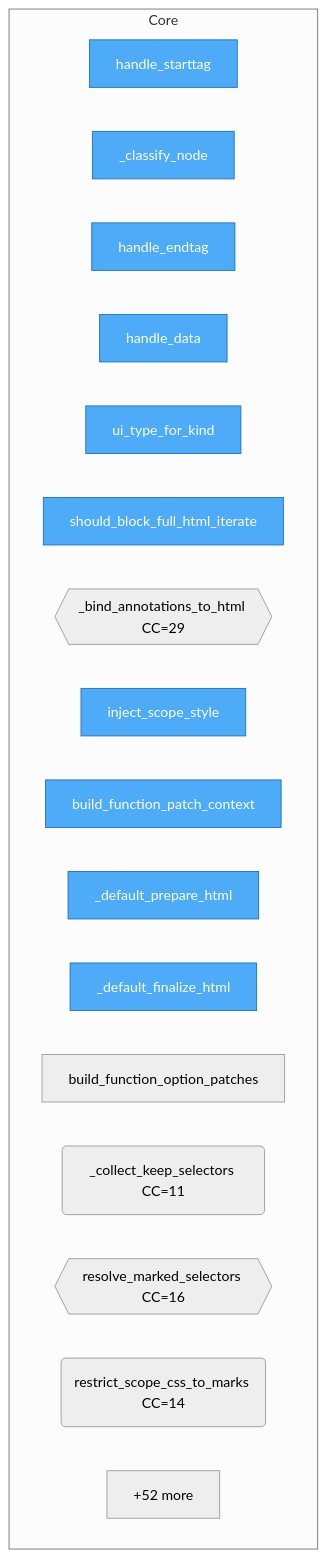
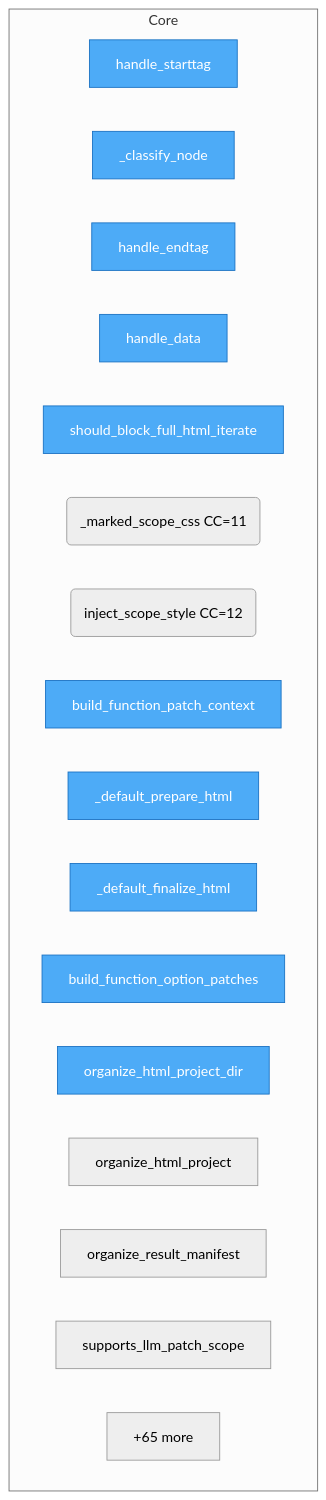
Before and after one commit to semcod/repatch: the diagram in project/flow.mmd, drawn with Mermaid (neutral theme). The commit also changed 19 other files, not shown here.

```diff
--- a/project/flow.mmd
+++ b/project/flow.mmd
@@ -1,26 +1,26 @@
 flowchart TD
-%% generated in 0.02s
+%% generated in 0.01s
 
     %% Entry points (blue)
     classDef entry fill:#4dabf7,stroke:#1971c2,color:#fff
 
     subgraph Core
         repatch__project_ir___ProjectIRParser__handle_starttag["handle_starttag"]
         repatch__project_ir___ProjectIRParser___classify_node["_classify_node"]
         repatch__project_ir___ProjectIRParser__handle_endtag["handle_endtag"]
         repatch__project_ir___ProjectIRParser__handle_data["handle_data"]
-        repatch__scope__ui_type_for_kind["ui_type_for_kind"]
         repatch__scope__should_block_full_html_iterate["should_block_full_html_iterate"]
-        repatch__scope___bind_annotations_to_html{{_bind_annotations_to_html CC=29}}
-        repatch__scope__inject_scope_style["inject_scope_style"]
-        repatch__dom_patch__build_function_patch_context["build_function_patch_context"]
-        repatch__dom_patch___default_prepare_html["_default_prepare_html"]
-        repatch__dom_patch___default_finalize_html["_default_finalize_html"]
-        repatch__dom_patch__build_function_option_patches["build_function_option_patches"]
-        repatch__marked_context___collect_keep_selectors("_collect_keep_selectors CC=11")
-        repatch__marked_context__resolve_marked_selectors{{resolve_marked_selectors CC=16}}
-        repatch__marked_context__restrict_scope_css_to_marks("restrict_scope_css_to_marks CC=14")
-        ...["+52 more"]
+        repatch__scope___marked_scope_css("_marked_scope_css CC=11")
+        repatch__scope__inject_scope_style("inject_scope_style CC=12")
+        dom_patch__build_function_patch_context["build_function_patch_context"]
+        dom_patch___default_prepare_html["_default_prepare_html"]
+        dom_patch___default_finalize_html["_default_finalize_html"]
+        dom_patch__build_function_option_patches["build_function_option_patches"]
+        repatch__organize_html__organize_html_project_dir["organize_html_project_dir"]
+        repatch__organize_html__organize_html_project["organize_html_project"]
+        repatch__organize_html__organize_result_manifest["organize_result_manifest"]
+        repatch___ui_patch_prompt__supports_llm_patch_scope["supports_llm_patch_scope"]
+        ...["+65 more"]
     end
 
-    class repatch__project_ir___ProjectIRParser__handle_starttag,repatch__project_ir___ProjectIRParser___classify_node,repatch__project_ir___ProjectIRParser__handle_endtag,repatch__project_ir___ProjectIRParser__handle_data,repatch__scope__ui_type_for_kind,repatch__scope__should_block_full_html_iterate,repatch__scope__inject_scope_style,repatch__dom_patch__build_function_patch_context,repatch__dom_patch___default_prepare_html,repatch__dom_patch___default_finalize_html entry
+    class repatch__project_ir___ProjectIRParser__handle_starttag,repatch__project_ir___ProjectIRParser___classify_node,repatch__project_ir___ProjectIRParser__handle_endtag,repatch__project_ir___ProjectIRParser__handle_data,repatch__scope__should_block_full_html_iterate,dom_patch__build_function_patch_context,dom_patch___default_prepare_html,dom_patch___default_finalize_html,dom_patch__build_function_option_patches,repatch__organize_html__organize_html_project_dir entry
```
